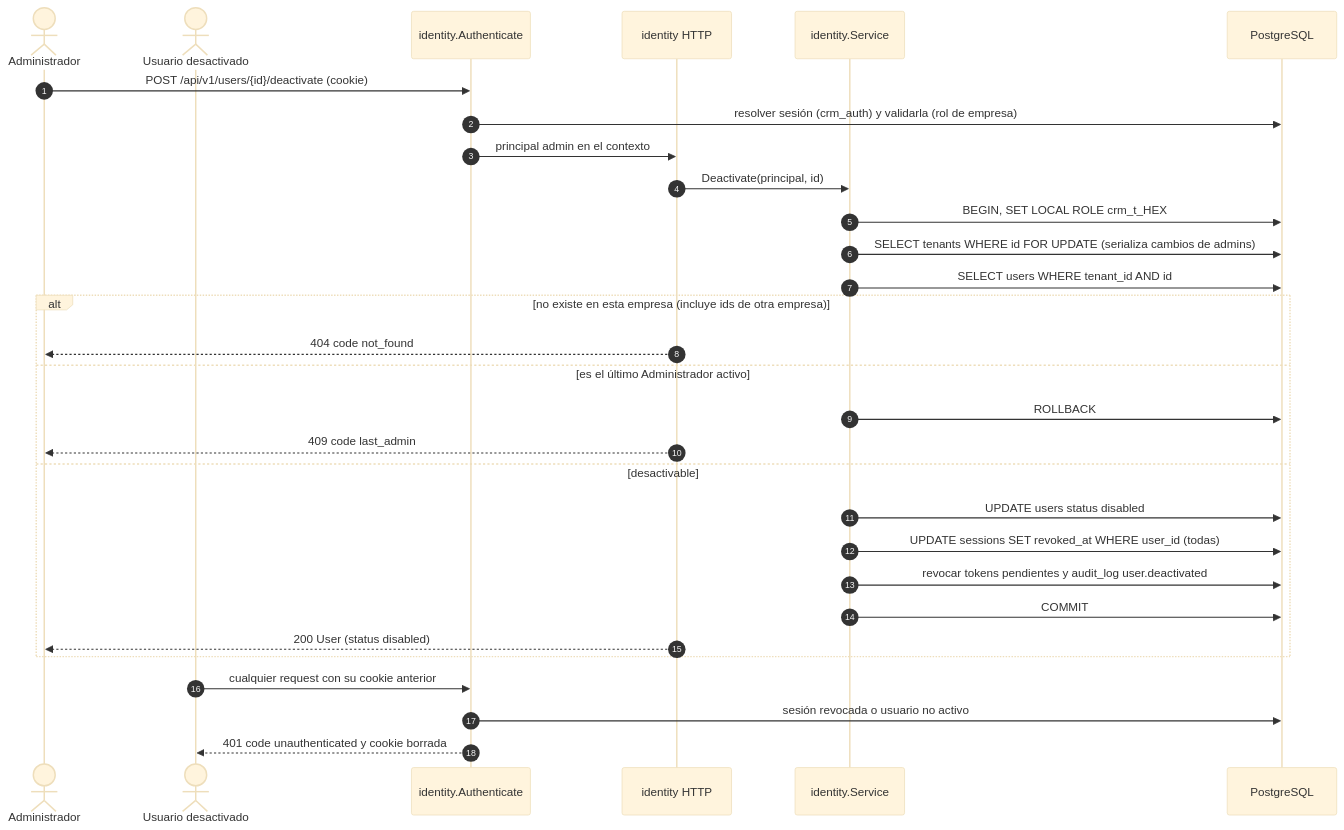
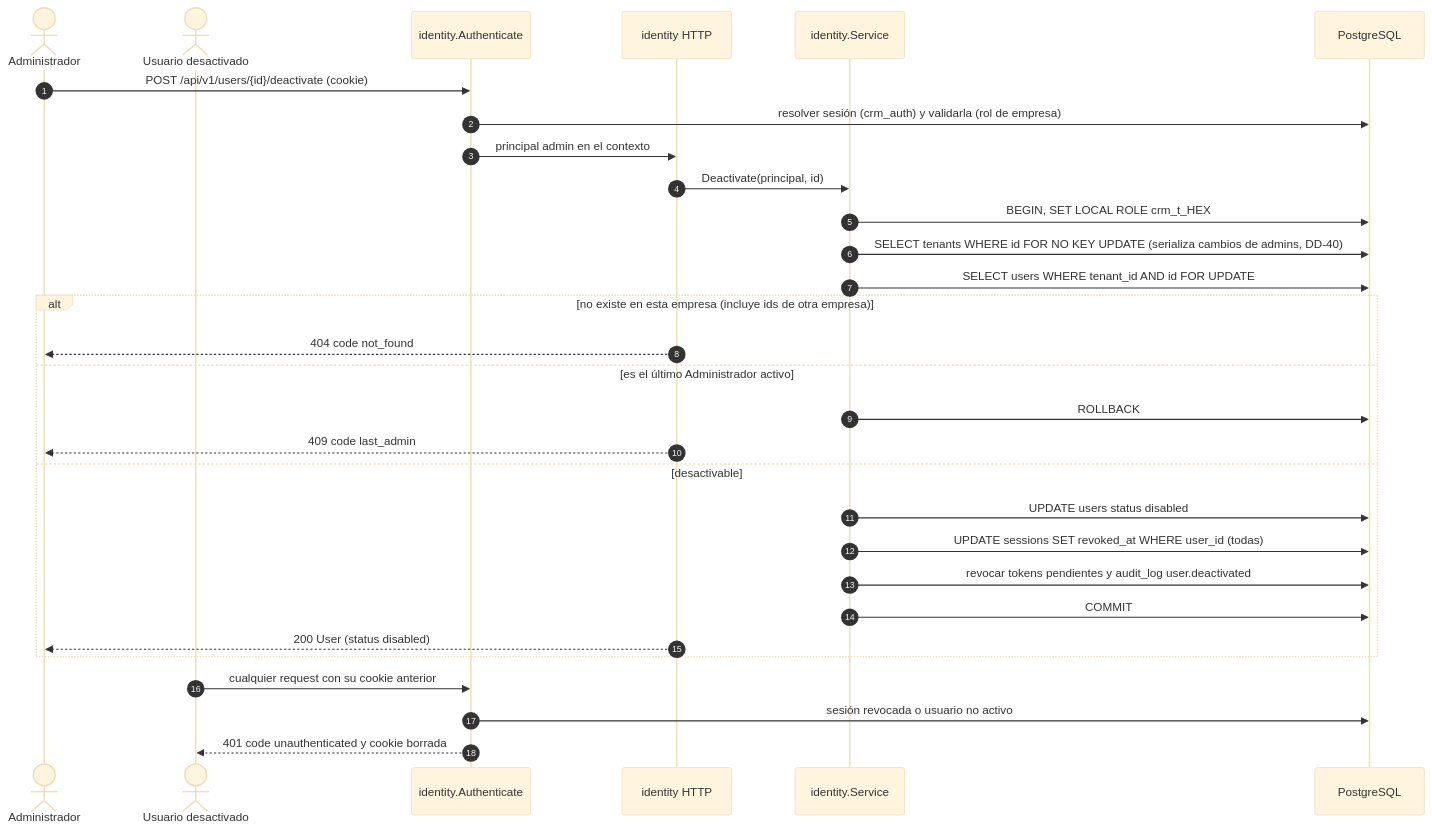
Before and after one commit to fdelillo/crm: the seventh of 12 diagrams in specs/001-empresas-usuarios/plan.md, drawn with Mermaid (base theme). The commit also changed other lines of this file and 3 other files, not shown here.

First line of the commit message:
docs(001): lock the tenant row with FOR NO KEY UPDATE (DD-40)

````diff
--- a/specs/001-empresas-usuarios/plan.md
+++ b/specs/001-empresas-usuarios/plan.md
@@ -551,34 +553,34 @@
 ```mermaid
 sequenceDiagram
     autonumber
     actor A as Administrador
     actor X as Usuario desactivado
     participant M as identity.Authenticate
     participant H as identity HTTP
     participant S as identity.Service
     participant DB as PostgreSQL
 
     A->>M: POST /api/v1/users/{id}/deactivate (cookie)
     M->>DB: resolver sesión (crm_auth) y validarla (rol de empresa)
     M->>H: principal admin en el contexto
     H->>S: Deactivate(principal, id)
     S->>DB: BEGIN, SET LOCAL ROLE crm_t_HEX
-    S->>DB: SELECT tenants WHERE id FOR UPDATE (serializa cambios de admins)
-    S->>DB: SELECT users WHERE tenant_id AND id
+    S->>DB: SELECT tenants WHERE id FOR NO KEY UPDATE (serializa cambios de admins, DD-40)
+    S->>DB: SELECT users WHERE tenant_id AND id FOR UPDATE
     alt no existe en esta empresa (incluye ids de otra empresa)
         H-->>A: 404 code not_found
     else es el último Administrador activo
         S->>DB: ROLLBACK
         H-->>A: 409 code last_admin
     else desactivable
         S->>DB: UPDATE users status disabled
         S->>DB: UPDATE sessions SET revoked_at WHERE user_id (todas)
         S->>DB: revocar tokens pendientes y audit_log user.deactivated
         S->>DB: COMMIT
         H-->>A: 200 User (status disabled)
     end
 
     X->>M: cualquier request con su cookie anterior
     M->>DB: sesión revocada o usuario no activo
     M-->>X: 401 code unauthenticated y cookie borrada
 ```
````
